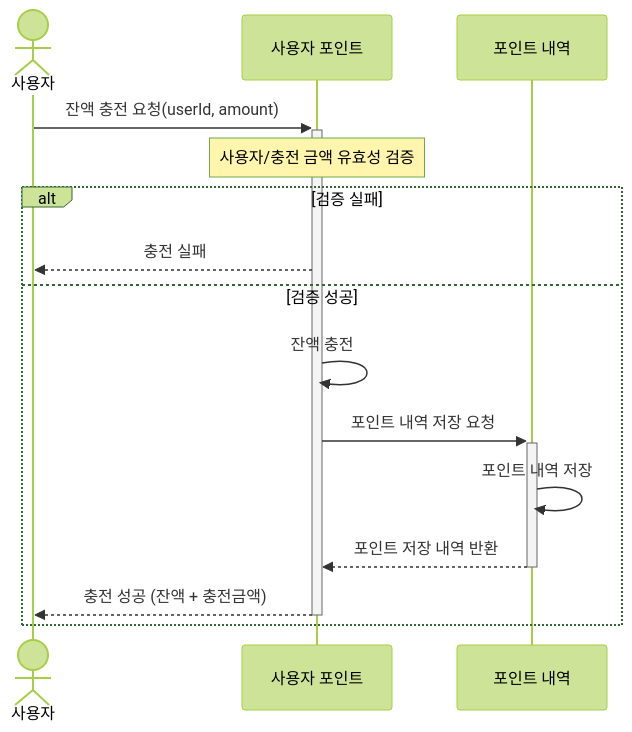
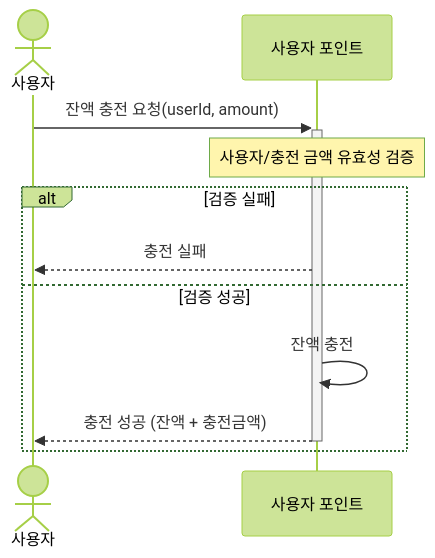
The first of 10 diagrams in docs/SequenceDiagram.md (leevigong/hhplus-ecommerce), drawn with Mermaid (forest theme) before and after one commit. The commit also changed other lines of this file, not shown here.

Commit message:
docs: 포인트 도메인에 속하는 포인트 내역 객체 제거 및 인기 판매 상품조회 객체명 수정

````diff
--- a/docs/SequenceDiagram.md
+++ b/docs/SequenceDiagram.md
@@ -13,19 +13,14 @@
 ```mermaid
 sequenceDiagram
     actor User as 사용자
     participant UserPoint as 사용자 포인트
-    participant PointHistory as 포인트 내역
+    User ->>+ UserPoint: 잔액 충전 요청(userId, amount)
+    Note over UserPoint: 사용자/충전 금액 유효성 검증
 
-    User ->>+ UserPoint: 잔액 충전 요청(userId, amount)
-		Note over UserPoint: 사용자/충전 금액 유효성 검증
-		
-    alt 검증 실패 
+    alt 검증 실패
         UserPoint -->> User: 충전 실패
     else 검증 성공
         UserPoint ->> UserPoint: 잔액 충전
-        UserPoint ->>+ PointHistory: 포인트 내역 저장 요청
-        PointHistory ->> PointHistory: 포인트 내역 저장
-        PointHistory -->>- UserPoint: 포인트 저장 내역 반환
         UserPoint -->>- User: 충전 성공 (잔액 + 충전금액)
     end
 ```
````
